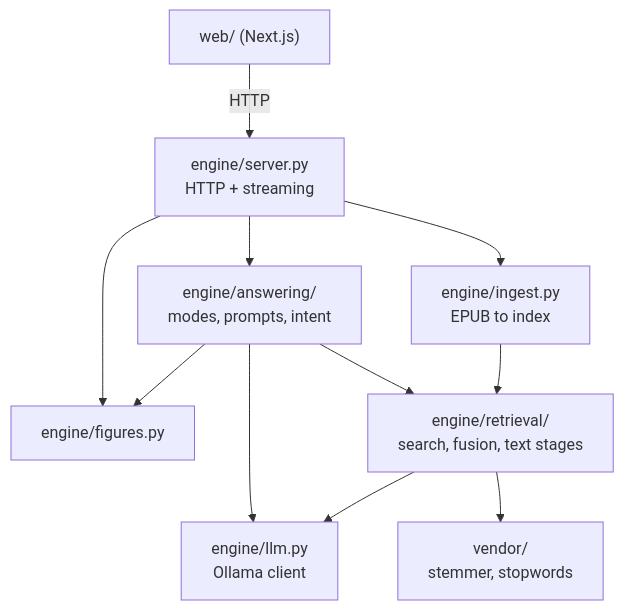
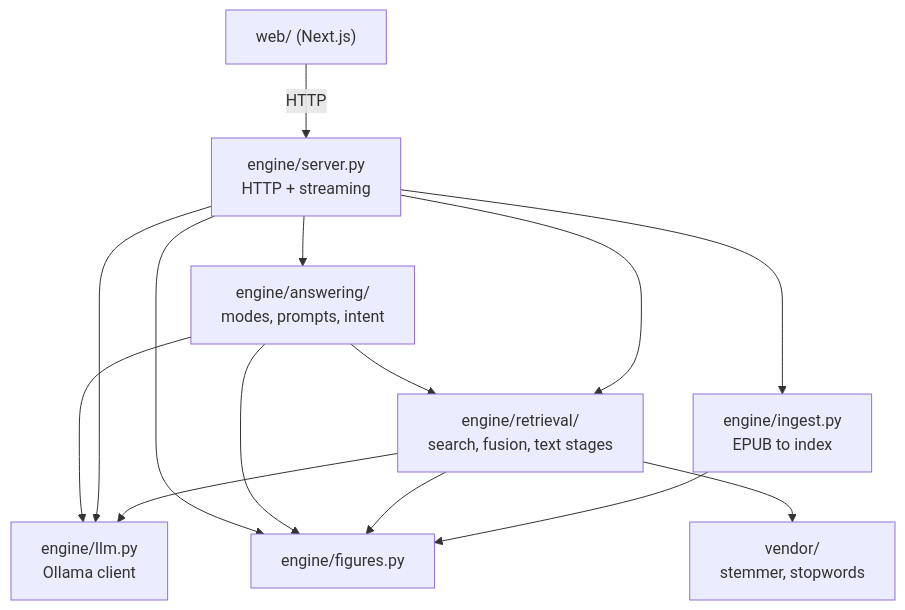
The diagram in AGENTS.md (Skufu/NekoHon), drawn with Mermaid before and after one commit. The commit also changed other lines of this file, not shown here.

Commit message:
docs: D1 fixes — import diagram, guard scope, default-book paths, CORS, harness note

````diff
--- a/AGENTS.md
+++ b/AGENTS.md
@@ -18,13 +18,16 @@
 ```mermaid
 flowchart TD
   server["engine/server.py<br/>HTTP + streaming"] --> answering["engine/answering/<br/>modes, prompts, intent"]
   server --> ingest["engine/ingest.py<br/>EPUB to index"]
   server --> figures["engine/figures.py"]
   answering --> retrieval["engine/retrieval/<br/>search, fusion, text stages"]
   answering --> figures
   answering --> llm["engine/llm.py<br/>Ollama client"]
+  server --> retrieval
+  server --> llm
   retrieval --> llm
+  retrieval --> figures
   retrieval --> vendor["vendor/<br/>stemmer, stopwords"]
-  ingest --> retrieval
+  ingest --> figures
   web["web/ (Next.js)"] -->|"HTTP"| server
 ```
````
